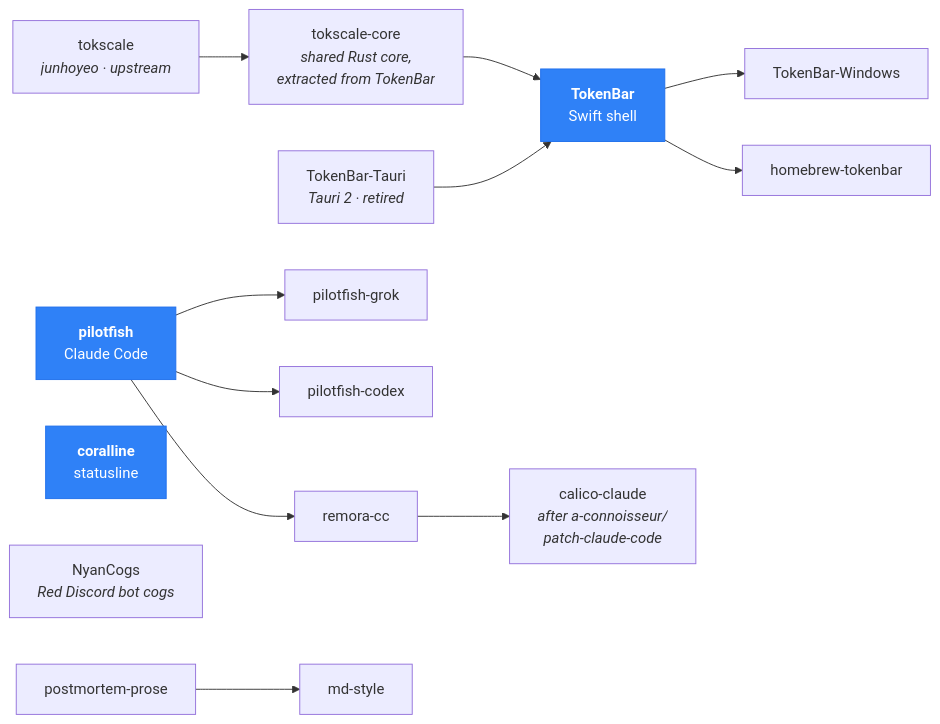
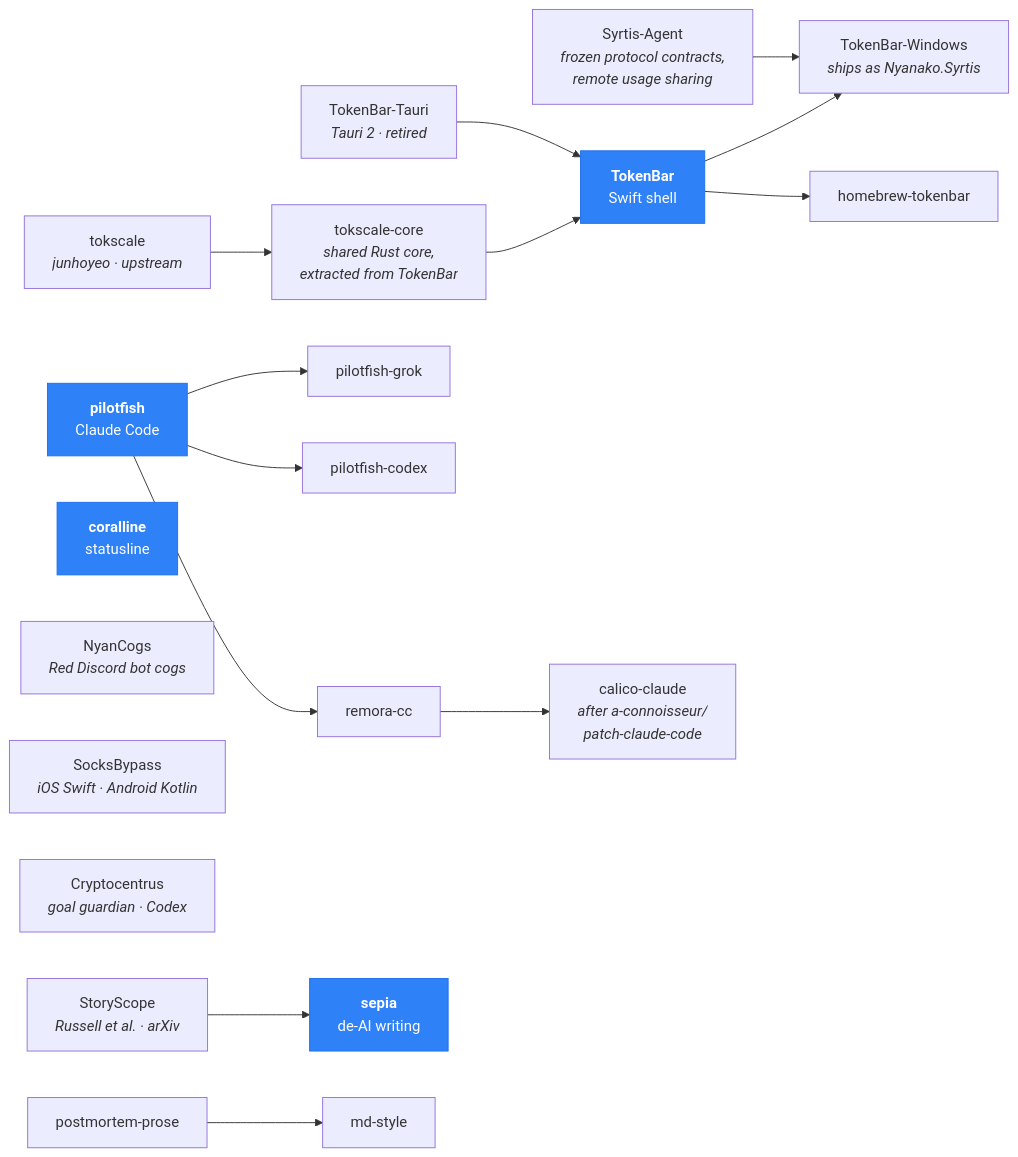
Before and after one commit to Nanako0129/Nanako0129: the diagram in README.md, drawn with Mermaid. The commit also changed other lines of this file and 1 other file, not shown here.

First line of the commit message:
docs(readme): draw the four repos the lineage graph had grown past

````diff
--- a/README.md
+++ b/README.md
@@ -117,20 +117,25 @@
 ```mermaid
 graph LR
   TS["tokscale<br/><i>junhoyeo · upstream</i>"] --> TC["tokscale-core<br/><i>shared Rust core,<br/>extracted from TokenBar</i>"]
   TC --> T2
   T1["TokenBar-Tauri<br/><i>Tauri 2 · retired</i>"] --> T2["<b>TokenBar</b><br/>Swift shell"]
-  T2 --> T3["TokenBar-Windows"]
+  T2 --> T3["TokenBar-Windows<br/><i>ships as Nyanako.Syrtis</i>"]
   T2 --> T4["homebrew-tokenbar"]
+  SY["Syrtis-Agent<br/><i>frozen protocol contracts,<br/>remote usage sharing</i>"] --> T3
 
   P1["<b>pilotfish</b><br/>Claude Code"] --> P2["pilotfish-grok"]
   P1 --> P3["pilotfish-codex"]
   P1 --> P4["remora-cc"]
   P4 --> P5["calico-claude<br/><i>after a-connoisseur/<br/>patch-claude-code</i>"]
 
   C1["<b>coralline</b><br/>statusline"]
   N1["NyanCogs<br/><i>Red Discord bot cogs</i>"]
+  S1["SocksBypass<br/><i>iOS Swift · Android Kotlin</i>"]
+  CR["Cryptocentrus<br/><i>goal guardian · Codex</i>"]
+
+  SS["StoryScope<br/><i>Russell et al. · arXiv</i>"] --> W3["<b>sepia</b><br/>de-AI writing"]
   W1["postmortem-prose"] --> W2["md-style"]
 
   classDef flagship fill:#2f81f7,stroke:#1f6feb,color:#fff
-  class T2,P1,C1 flagship
+  class T2,P1,C1,W3 flagship
 ```
````
